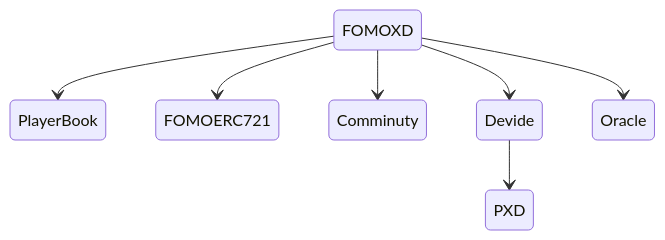
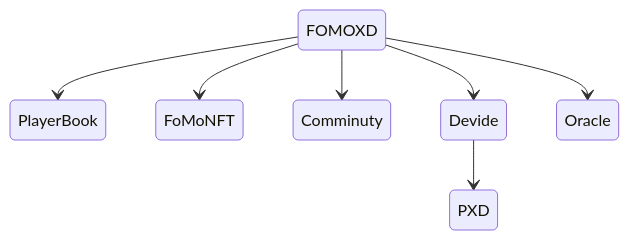
Before and after one commit to 0x171-0/FoMoXD: the third of 6 diagrams in README.md, drawn with Mermaid. The commit also changed other lines of this file and 3 other files, not shown here.

````diff
--- a/README.md
+++ b/README.md
@@ -91,10 +91,10 @@
 ```mermaid
     stateDiagram-v2
       FOMOXD --> PlayerBook
-      FOMOXD --> FOMOERC721
+      FOMOXD --> FoMoNFT
       FOMOXD --> Comminuty
       FOMOXD --> Devide
       Devide --> PXD
       FOMOXD --> Oracle
 
 ```
````
